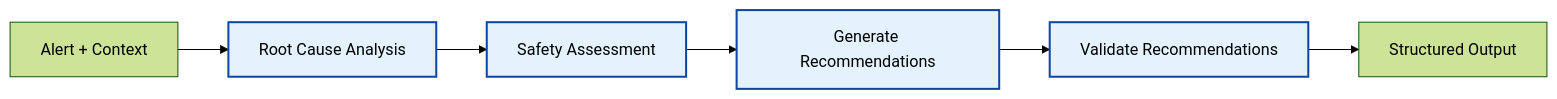
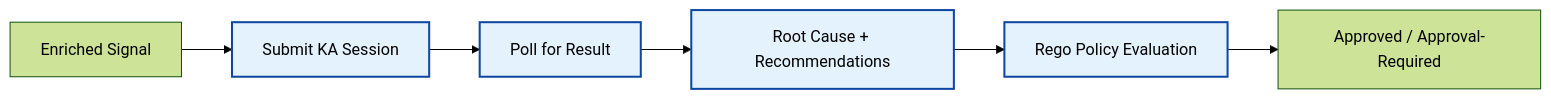
The first of 2 diagrams in docs/architecture/KUBERNAUT_SERVICE_CATALOG.md (jordigilh/kubernaut), drawn with Mermaid (forest theme) before and after one commit. The commit also changed other lines of this file and 4 other files, not shown here.

````diff
--- a/docs/architecture/KUBERNAUT_SERVICE_CATALOG.md
+++ b/docs/architecture/KUBERNAUT_SERVICE_CATALOG.md
@@ -245,11 +150,11 @@
 ```mermaid
 flowchart LR
-    INPUT[Alert + Context] --> ANALYZE[Root Cause Analysis]
-    ANALYZE --> ASSESS[Safety Assessment]
-    ASSESS --> RECOMMEND[Generate Recommendations]
-    RECOMMEND --> VALIDATE[Validate Recommendations]
-    VALIDATE --> OUTPUT[Structured Output]
+    INPUT[Enriched Signal] --> SUBMIT[Submit KA Session]
+    SUBMIT --> POLL[Poll for Result]
+    POLL --> ANALYZE[Root Cause + Recommendations]
+    ANALYZE --> REGO[Rego Policy Evaluation]
+    REGO --> OUTPUT[Approved / Approval-Required]
 
     classDef process fill:#e3f2fd,stroke:#0d47a1,stroke-width:2px
-    class ANALYZE,ASSESS,RECOMMEND,VALIDATE process
+    class SUBMIT,POLL,ANALYZE,REGO process
 ```
````
